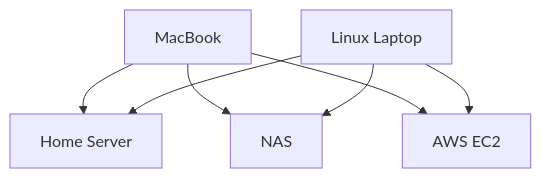
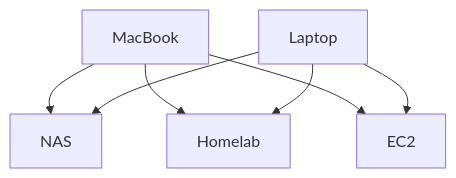
The diagram in README.md (ermengchao/dotfiles), drawn with Mermaid before and after one commit. The commit also changed other lines of this file and 1 other file, not shown here.

````diff
--- a/README.md
+++ b/README.md
@@ -53,13 +64,16 @@
-    ```mermaid
-    flowchart TD
-        A[MacBook]
-        B[Linux Laptop]
+```mermaid
+flowchart TD
+    A[MacBook]
+    B[Laptop]
+    C[NAS]
+    D[Homelab]
+    E[EC2]
 
-        A --> C[Home Server]
-        A --> D[NAS]
-        A --> E[AWS EC2]
+    A --> C
+    A --> D
+    A --> E
 
-        B --> C
-        B --> D
-        B --> E
-    ```
+    B --> C
+    B --> D
+    B --> E
+```
````
